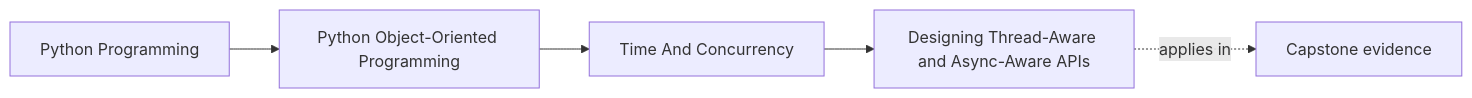
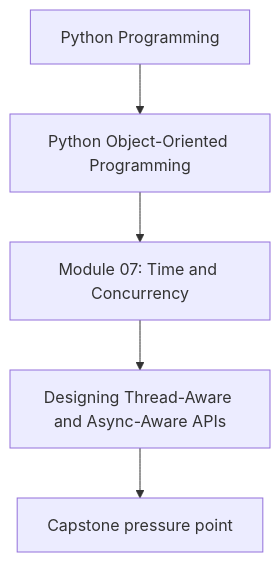
The first of 2 diagrams in programs/python-programming/python-object-oriented-programming/course-book/module-07-time-and-concurrency/designing-thread-aware-and-async-aware-apis.md (bijux/bijux-masterclass), drawn with Mermaid before and after one commit. The commit also changed other lines of this file and 107 other files, not shown here.

Commit message:
docs(python-object-oriented-programming): align concept page diagrams

````diff
--- a/programs/python-programming/python-object-oriented-programming/course-book/module-07-time-and-concurrency/designing-thread-aware-and-async-aware-apis.md
+++ b/programs/python-programming/python-object-oriented-programming/course-book/module-07-time-and-concurrency/designing-thread-aware-and-async-aware-apis.md
@@ -7,11 +7,7 @@
 ```mermaid
-graph LR
-  family["Python Programming"]
-  program["Python Object-Oriented Programming"]
-  section["Time And Concurrency"]
-  page["Designing Thread-Aware and Async-Aware APIs"]
-  capstone["Capstone evidence"]
-
-  family --> program --> section --> page
-  page -.applies in.-> capstone
+flowchart TD
+  family["Python Programming"] --> program["Python Object-Oriented Programming"]
+  program --> module["Module 07: Time and Concurrency"]
+  module --> concept["Designing Thread-Aware and Async-Aware APIs"]
+  concept --> capstone["Capstone pressure point"]
 ```
````
